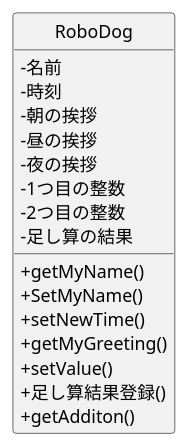
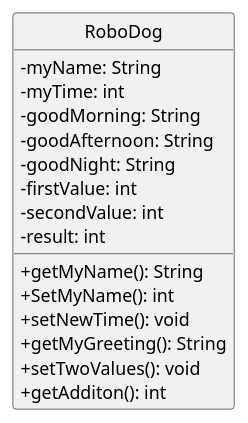
One commit to ri1002/ohara_uml changed the diagram in 06_robo_dog/class.pu. Above: the diagram before and after it, drawn with PlantUML.

```diff
--- a/06_robo_dog/class.pu
+++ b/06_robo_dog/class.pu
@@ -1,24 +1,25 @@
 @startuml Robodogクラス図
 skinparam classAttributeIconSize 0
 hide circle
 
 class RoboDog {
- -名前
- -時刻
- -朝の挨拶
- -昼の挨拶
- -夜の挨拶
- -1つ目の整数
- -2つ目の整数
- -足し算の結果
+ -myName: String
+ -myTime: int
+ -goodMorning: String
+ -goodAfternoon: String
+ -goodNight: String
+ -firstValue: int
+ -secondValue: int
+ ' 教科書にはない
+ -result: int
 
- +getMyName()
- +SetMyName()
- +setNewTime()
- +getMyGreeting()
- +setValue()
- +足し算結果登録()
- +getAdditon()
+ +getMyName(): String
+ +SetMyName(): int
+ +setNewTime(): void
+ +getMyGreeting(): String
+' 教科書にはない
+ +setTwoValues(): void
+ +getAdditon(): int
 }
 
 @enduml
```
